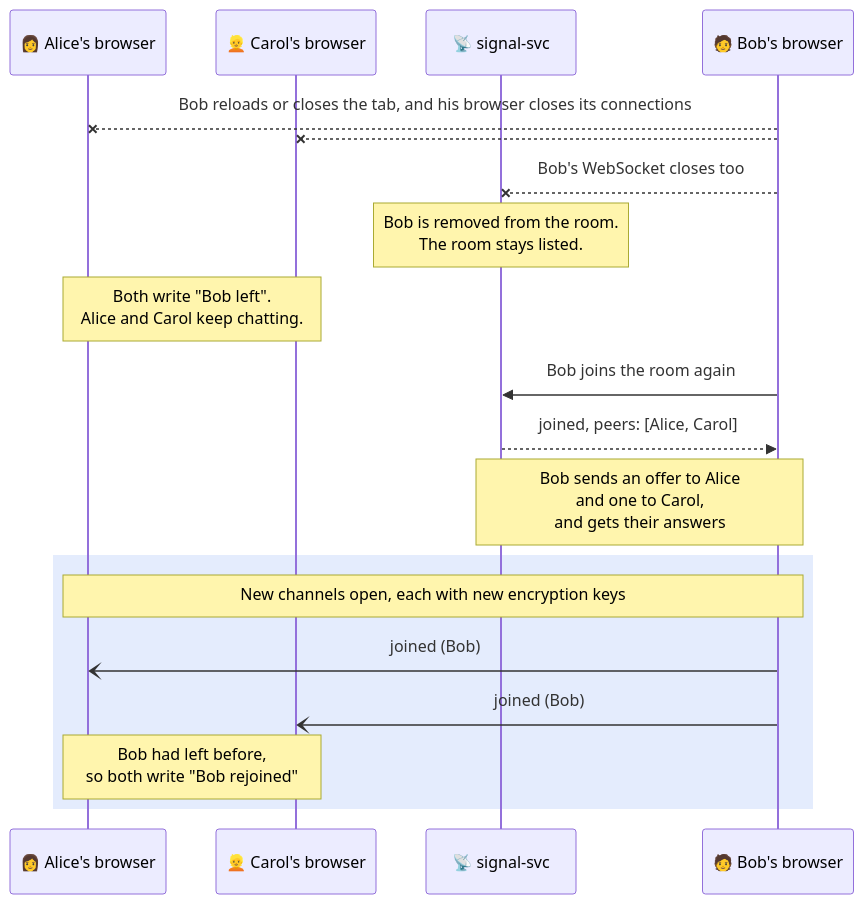
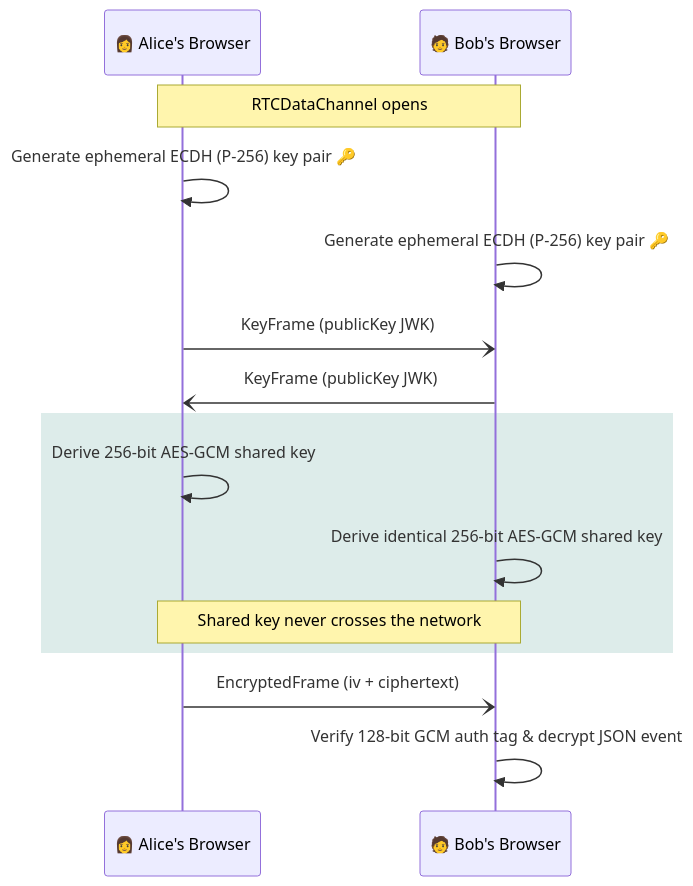
One commit to LitHaxor/webRTC-mesh-chat changed the eighth of 10 diagrams in README.md. Above: the diagram before and after it, drawn with Mermaid. The commit also changed other lines of this file, not shown here.

````diff
--- a/README.md
+++ b/README.md
@@ -718,22 +554,18 @@
 ```mermaid
 sequenceDiagram
-  participant A as 👩 Alice's browser
-  participant C as 👱 Carol's browser
-  participant S as 📡 signal-svc
-  participant B as 🧑 Bob's browser
+  participant A as 👩 Alice's Browser
+  participant B as 🧑 Bob's Browser
 
-  B--xA: Bob reloads or closes the tab, and his browser closes its connections
-  B--xC:
-  B--xS: Bob's WebSocket closes too
-  Note over S: Bob is removed from the room.<br/>The room stays listed.
-  Note over A,C: Both write "Bob left".<br/>Alice and Carol keep chatting.
-  B->>S: Bob joins the room again
-  S-->>B: joined, peers: [Alice, Carol]
-  Note over S,B: Bob sends an offer to Alice<br/>and one to Carol,<br/>and gets their answers
-  rect rgba(37, 99, 235, 0.12)
-    Note over A,B: New channels open, each with new encryption keys
-    B-)A: joined (Bob)
-    B-)C: joined (Bob)
-    Note over A,C: Bob had left before,<br/>so both write "Bob rejoined"
+  Note over A,B: RTCDataChannel opens
+  A->>A: Generate ephemeral ECDH (P-256) key pair 🔑
+  B->>B: Generate ephemeral ECDH (P-256) key pair 🔑
+  A-)B: KeyFrame (publicKey JWK)
+  B-)A: KeyFrame (publicKey JWK)
+  rect rgba(15, 118, 110, 0.14)
+    A->>A: Derive 256-bit AES-GCM shared key
+    B->>B: Derive identical 256-bit AES-GCM shared key
+    Note over A,B: Shared key never crosses the network
   end
+  A-)B: EncryptedFrame (iv + ciphertext)
+  B->>B: Verify 128-bit GCM auth tag & decrypt JSON event
 ```
````
